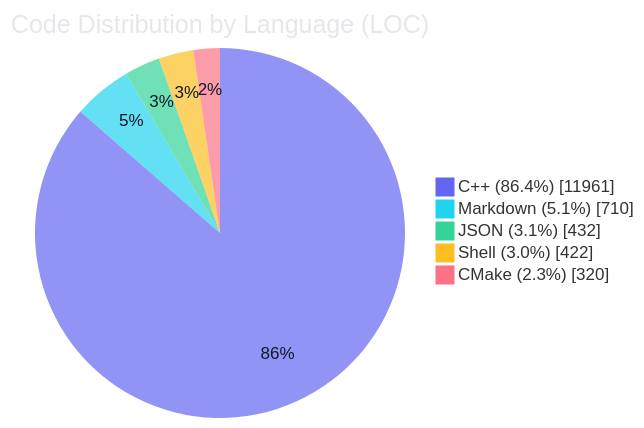
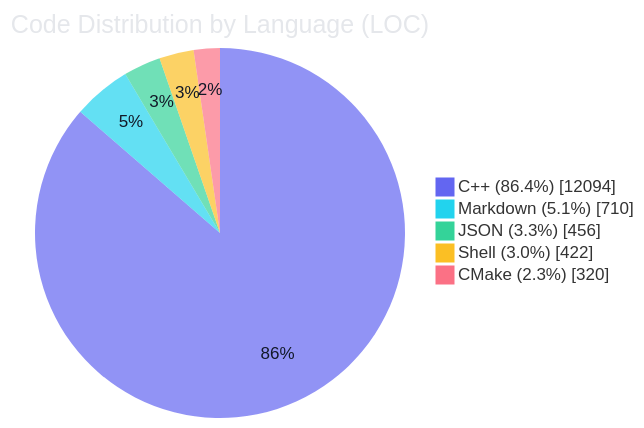
Before and after one commit to TheBadRoger/term4k: the diagram in README.md, drawn with Mermaid. The commit also changed other lines of this file and 2 other files, not shown here.

````diff
--- a/README.md
+++ b/README.md
@@ -55,10 +55,10 @@
 ```mermaid
 %%{init: {'theme': 'base', 'themeVariables': {'fontFamily': 'Fira Code, JetBrains Mono, Source Code Pro, Cascadia Code, Menlo, Consolas, monospace', 'pieTitleTextColor': '#e5e7eb', 'pieSectionTextColor': '#111827', 'pieOuterStrokeColor': 'transparent', 'pieOuterStrokeWidth': '0px', 'pieStrokeColor': 'transparent', 'pieStrokeWidth': '0px', 'pie1': '#6366f1', 'pie2': '#22d3ee', 'pie3': '#34d399', 'pie4': '#fbbf24', 'pie5': '#fb7185', 'pie6': '#a78bfa'}}}%%
 pie showData
     title Code Distribution by Language (LOC)
-    "C++ (86.4%)" : 11961
+    "C++ (86.4%)" : 12094
     "Markdown (5.1%)" : 710
-    "JSON (3.1%)" : 432
+    "JSON (3.3%)" : 456
     "Shell (3.0%)" : 422
     "CMake (2.3%)" : 320
 ```
````
